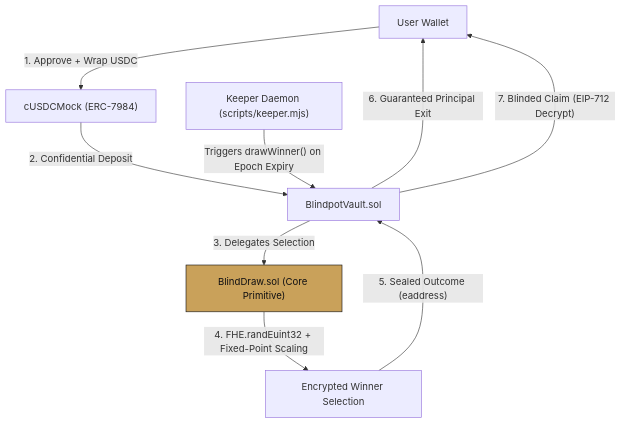
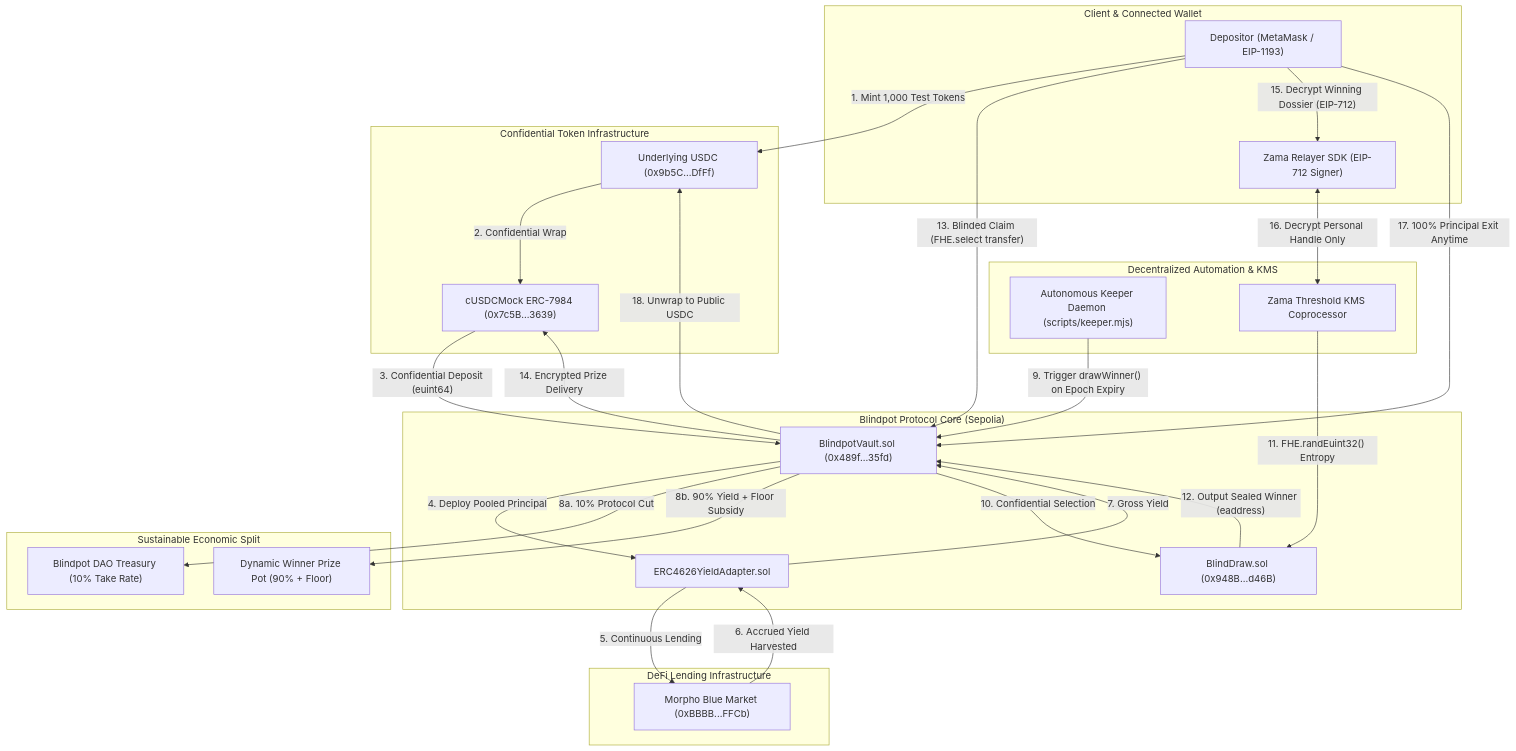
Before and after one commit to Habuskid/blindpot: the diagram in README.md, drawn with Mermaid. The commit also changed other lines of this file, not shown here.

Commit message:
docs: polish root README with verified contract table, architecture flowchart, protocol revenue model, and foundry test commands

````diff
--- a/README.md
+++ b/README.md
@@ -81,13 +91,57 @@
 ```mermaid
 flowchart TD
-    A["User Wallet"] -->|"1. Approve + Wrap USDC"| B["cUSDCMock (ERC-7984)"]
-    B -->|"2. Confidential Deposit"| C["BlindpotVault.sol"]
-    C -->|"3. Delegates Selection"| D["BlindDraw.sol (Core Primitive)"]
-    D -->|"4. FHE.randEuint32 + Fixed-Point Scaling"| E["Encrypted Winner Selection"]
-    E -->|"5. Sealed Outcome (eaddress)"| C
-    C -->|"6. Guaranteed Principal Exit"| A
-    C -->|"7. Blinded Claim (EIP-712 Decrypt)"| A
-    F["Keeper Daemon (scripts/keeper.mjs)"] -->|"Triggers drawWinner() on Epoch Expiry"| C
+    subgraph Client ["Client & Connected Wallet"]
+        A["Depositor (MetaMask / EIP-1193)"]
+        KMS_CLI["Zama Relayer SDK (EIP-712 Signer)"]
+    end
 
-    style D fill:#C9A15A,stroke:#0F0F12,color:#0F0F12
+    subgraph TokenLayer ["Confidential Token Infrastructure"]
+        MINT["Underlying USDC (0x9b5C...DfFf)"]
+        WRAP["cUSDCMock ERC-7984 (0x7c5B...3639)"]
+    end
+
+    subgraph VaultCore ["Blindpot Protocol Core (Sepolia)"]
+        VAULT["BlindpotVault.sol (0x489f...35fd)"]
+        DRAW["BlindDraw.sol (0x948B...d46B)"]
+        ADAPTER["ERC4626YieldAdapter.sol"]
+    end
+
+    subgraph ExternalDeFi ["DeFi Lending Infrastructure"]
+        MORPHO["Morpho Blue Market (0xBBBB...FFCb)"]
+    end
+
+    subgraph ProtocolEconomics ["Sustainable Economic Split"]
+        TREASURY["Blindpot DAO Treasury (10% Take Rate)"]
+        POT["Dynamic Winner Prize Pot (90% + Floor)"]
+    end
+
+    subgraph Automation ["Decentralized Automation & KMS"]
+        KEEPER["Autonomous Keeper Daemon (scripts/keeper.mjs)"]
+        KMS["Zama Threshold KMS Coprocessor"]
+    end
+
+    A -->|"1. Mint 1,000 Test Tokens"| MINT
+    MINT -->|"2. Confidential Wrap"| WRAP
+    WRAP -->|"3. Confidential Deposit (euint64)"| VAULT
+    VAULT -->|"4. Deploy Pooled Principal"| ADAPTER
+    ADAPTER -->|"5. Continuous Lending"| MORPHO
+    MORPHO -->|"6. Accrued Yield Harvested"| ADAPTER
+    ADAPTER -->|"7. Gross Yield"| VAULT
+
+    VAULT -->|"8a. 10% Protocol Cut"| TREASURY
+    VAULT -->|"8b. 90% Yield + Floor Subsidy"| POT
+
+    KEEPER -->|"9. Trigger drawWinner() on Epoch Expiry"| VAULT
+    VAULT -->|"10. Confidential Selection"| DRAW
+    KMS -->|"11. FHE.randEuint32() Entropy"| DRAW
+    DRAW -->|"12. Output Sealed Winner (eaddress)"| VAULT
+
+    A -->|"13. Blinded Claim (FHE.select transfer)"| VAULT
+    VAULT -->|"14. Encrypted Prize Delivery"| WRAP
+
+    A -->|"15. Decrypt Winning Dossier (EIP-712)"| KMS_CLI
+    KMS_CLI <-->|"16. Decrypt Personal Handle Only"| KMS
+
+    A -->|"17. 100% Principal Exit Anytime"| VAULT
+    VAULT -->|"18. Unwrap to Public USDC"| MINT
 ```
````
